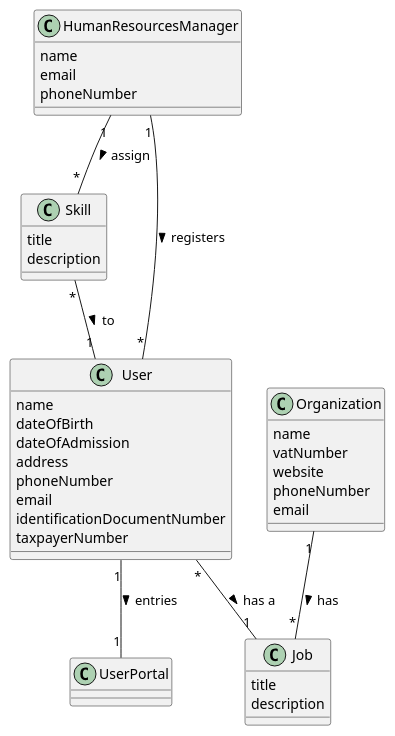
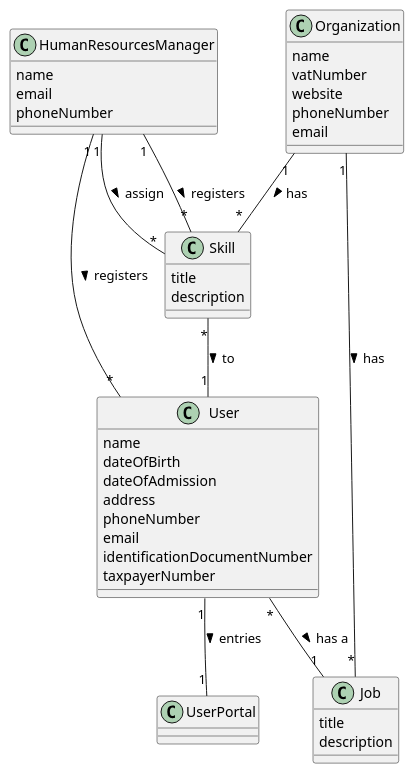
Before and after one commit to 1231635-Amorim/UrbanParkitekts: the diagram in docs/sprintA/global-artifacts/02.analysis/puml/project-domain-model.puml, drawn with PlantUML. The commit also changed 4 other files, not shown here.

```diff
--- a/docs/sprintA/global-artifacts/02.analysis/puml/project-domain-model.puml
+++ b/docs/sprintA/global-artifacts/02.analysis/puml/project-domain-model.puml
@@ -1,48 +1,50 @@
 @startuml
 
 class HumanResourcesManager {
     name
     email
     phoneNumber
 }
 
 class Skill {
     title
     description
 }
 
 class User {
     name
     dateOfBirth
     dateOfAdmission
     address
     phoneNumber
     email
     identificationDocumentNumber
     taxpayerNumber
 }
 
 class Job {
     title
     description
 }
 
 class UserPortal {
 }
 
 class Organization {
     name
     vatNumber
     website
     phoneNumber
     email
 }
 
 HumanResourcesManager "1" -- "*" Skill : assign >
 HumanResourcesManager "1" -- "*" User : registers >
 Skill "*" -- "1" User : to >
 User "*" -- "1" Job : has a >
 User "1" -- "1" UserPortal : entries >
 Organization "1" -- "*" Job : has >
+HumanResourcesManager "1" -- "*" Skill : registers >
+Organization "1" -- "*" Skill : has >
 
 @enduml
```
